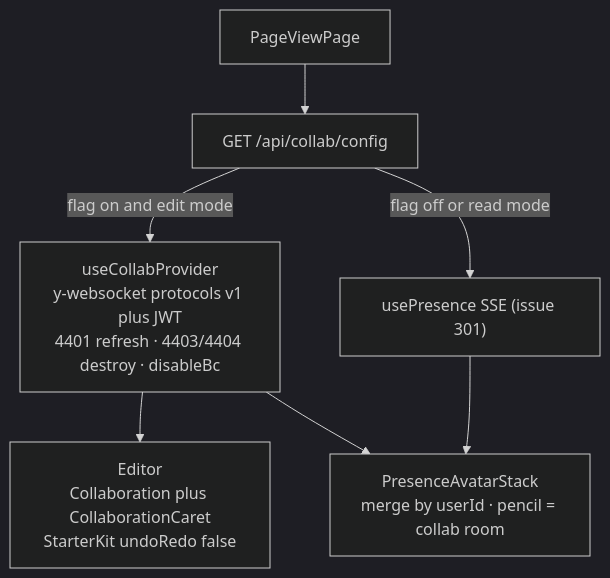
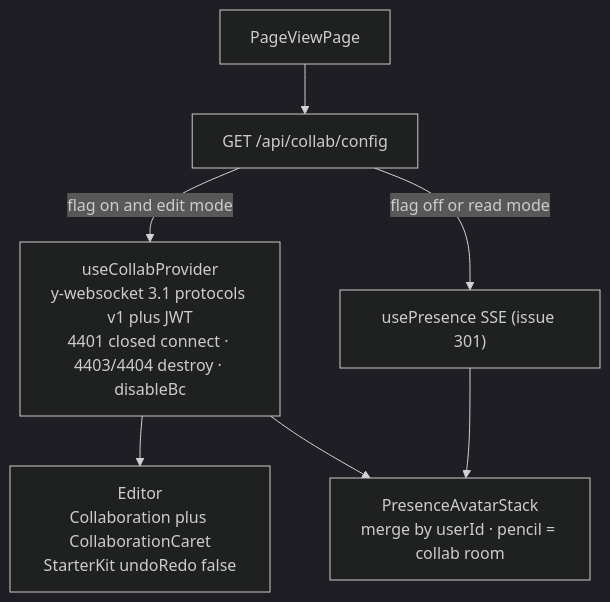
Before and after one commit to Compendiq/compendiq-ce: the fourth of 8 diagrams in docs/architecture/04-frontend-structure.md, drawn with Mermaid (dark theme). The commit also changed other lines of this file, not shown here.

Commit message:
docs: pin y-websocket 3.1 and drop client dump-request (#1443)
2.x always reconnects on 440x. Snapshot snippet matches collab-schema.
state_dump_request stays a Redis bus kind, not a type-4 control.

````diff
--- a/docs/architecture/04-frontend-structure.md
+++ b/docs/architecture/04-frontend-structure.md
@@ -191,15 +191,15 @@
 ```mermaid
 flowchart TB
     page["PageViewPage"]
     cfg["GET /api/collab/config"]
-    hook["useCollabProvider<br/>y-websocket protocols v1 plus JWT<br/>4401 refresh · 4403/4404 destroy · disableBc"]
+    hook["useCollabProvider<br/>y-websocket 3.1 protocols v1 plus JWT<br/>4401 closed connect · 4403/4404 destroy · disableBc"]
     ed["Editor<br/>Collaboration plus CollaborationCaret<br/>StarterKit undoRedo false"]
     sse["usePresence SSE (issue 301)"]
     stack["PresenceAvatarStack<br/>merge by userId · pencil = collab room"]
 
     page --> cfg
     cfg -->|flag on and edit mode| hook --> ed
     cfg -->|flag off or read mode| sse
     hook --> stack
     sse --> stack
 ```
````
